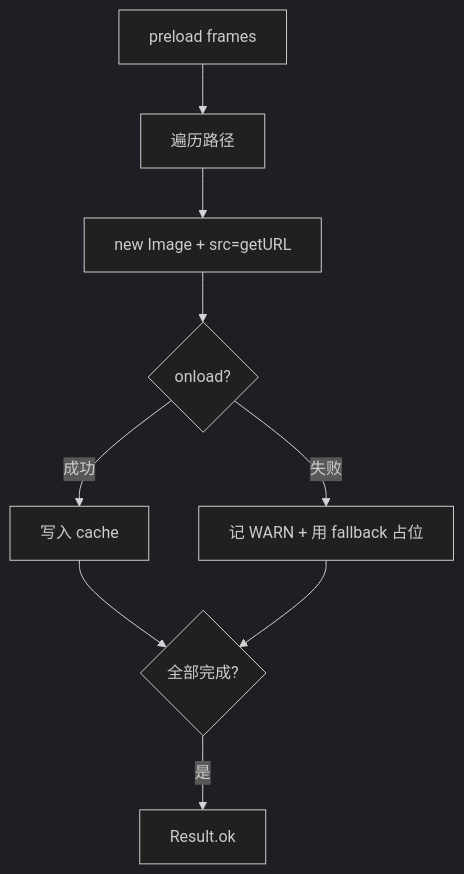
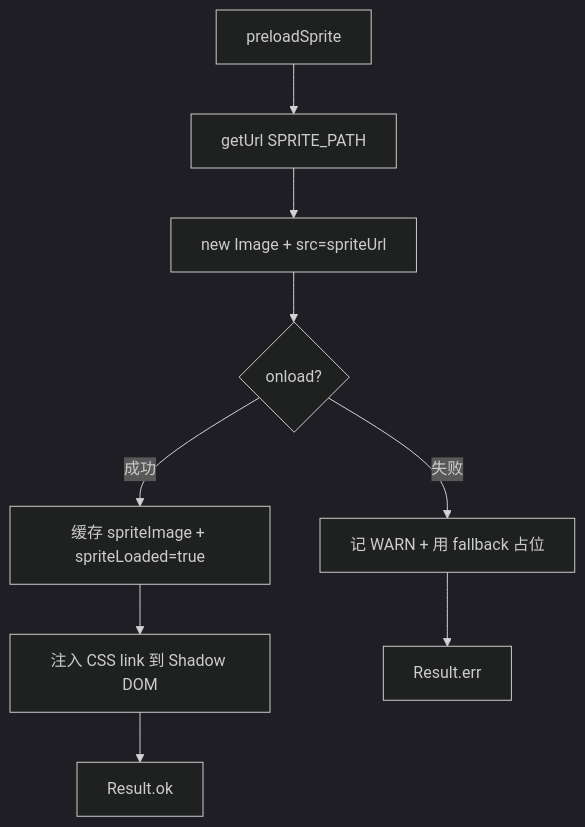
One commit to sher2018/cat_eyeing_mouse changed diagram 15 of 59 in doc/2.detailed_design_specification.md. Above: the diagram before and after it, drawn with Mermaid (dark theme). The commit also changed other lines of this file and 25 other files, not shown here.

````diff
--- a/doc/2.detailed_design_specification.md
+++ b/doc/2.detailed_design_specification.md
@@ -516,11 +546,11 @@
 ```mermaid
 flowchart TD
-    A[preload frames] --> B[遍历路径]
-    B --> C[new Image + src=getURL]
+    A[preloadSprite] --> B[getUrl SPRITE_PATH]
+    B --> C[new Image + src=spriteUrl]
     C --> D{onload?}
-    D -- 成功 --> E[写入 cache]
+    D -- 成功 --> E[缓存 spriteImage + spriteLoaded=true]
     D -- 失败 --> F[记 WARN + 用 fallback 占位]
-    E --> G{全部完成?}
-    F --> G
-    G -- 是 --> H[Result.ok]
+    E --> G[注入 CSS link 到 Shadow DOM]
+    G --> H[Result.ok]
+    F --> I[Result.err]
 ```
````
